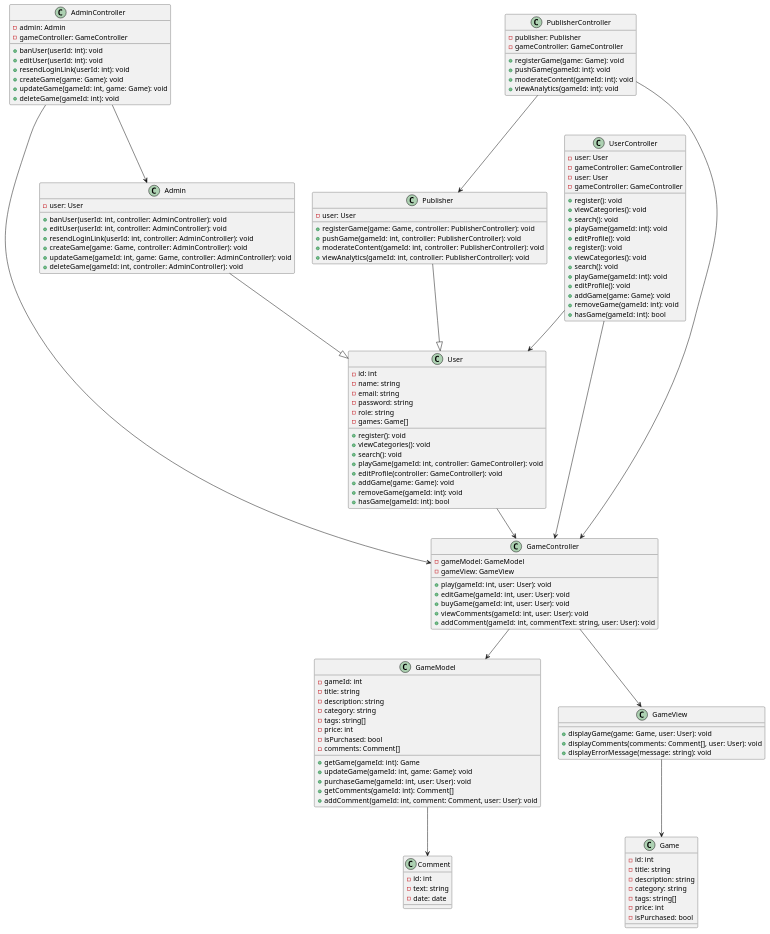
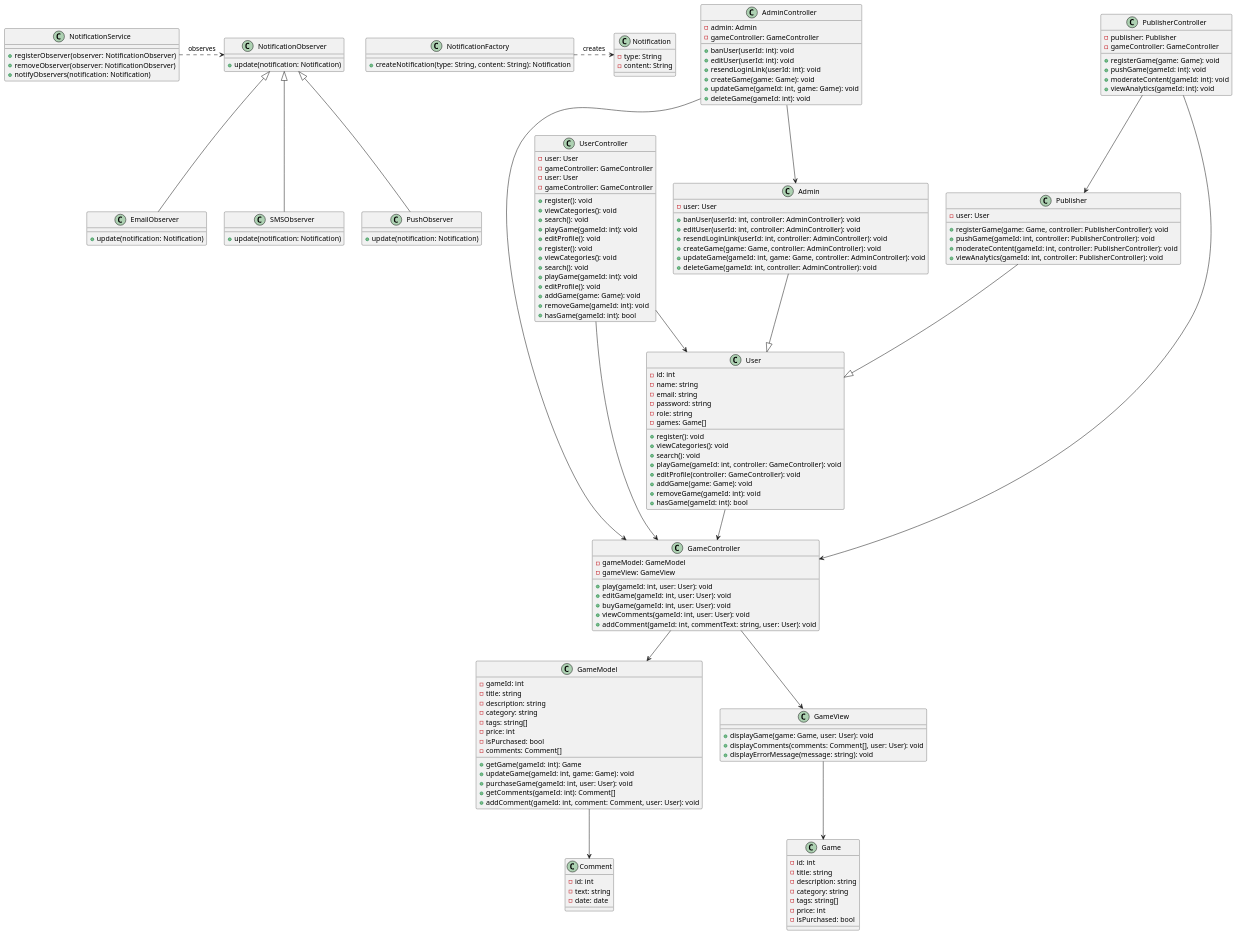
One commit to Evgeny81/portal changed the diagram in C3.puml. Above: the diagram before and after it, drawn with PlantUML. The commit also changed 1 other file, not shown here.

Commit message:
Add NotificationService to diagram

```diff
--- a/C3.puml
+++ b/C3.puml
@@ -1,143 +1,181 @@
 @startuml
 
 class GameController {
   - gameModel: GameModel
   - gameView: GameView
   + play(gameId: int, user: User): void
   + editGame(gameId: int, user: User): void
   + buyGame(gameId: int, user: User): void
   + viewComments(gameId: int, user: User): void
   + addComment(gameId: int, commentText: string, user: User): void
 }
 
 class GameModel {
   - gameId: int
   - title: string
   - description: string
   - category: string
   - tags: string[]
   - price: int
   - isPurchased: bool
   - comments: Comment[]
   + getGame(gameId: int): Game
   + updateGame(gameId: int, game: Game): void
   + purchaseGame(gameId: int, user: User): void
   + getComments(gameId: int): Comment[]
   + addComment(gameId: int, comment: Comment, user: User): void
 }
 
 class GameView {
   + displayGame(game: Game, user: User): void
   + displayComments(comments: Comment[], user: User): void
   + displayErrorMessage(message: string): void
 }
 
 class Game {
   - id: int
   - title: string
   - description: string
   - category: string
   - tags: string[]
   - price: int
   - isPurchased: bool
 }
 
 class Comment {
   - id: int
   - text: string
   - date: date
 }
 
 class User {
   - id: int
   - name: string
   - email: string
   - password: string
   - role: string
   - games: Game[]
   + register(): void
   + viewCategories(): void
   + search(): void
   + playGame(gameId: int, controller: GameController): void
   + editProfile(controller: GameController): void
   + addGame(game: Game): void
   + removeGame(gameId: int): void
   + hasGame(gameId: int): bool
 }
 
 class Admin {
   - user: User
   + banUser(userId: int, controller: AdminController): void
   + editUser(userId: int, controller: AdminController): void
   + resendLoginLink(userId: int, controller: AdminController): void
   + createGame(game: Game, controller: AdminController): void
   + updateGame(gameId: int, game: Game, controller: AdminController): void
   + deleteGame(gameId: int, controller: AdminController): void
 }
 
 class Publisher {
   - user: User
   + registerGame(game: Game, controller: PublisherController): void
   + pushGame(gameId: int, controller: PublisherController): void
   + moderateContent(gameId: int, controller: PublisherController): void
   + viewAnalytics(gameId: int, controller: PublisherController): void
 }
 
 class UserController {
   - user: User
   - gameController: GameController
   + register(): void
   + viewCategories(): void
   + search(): void
   + playGame(gameId: int): void
   + editProfile(): void
 }
 
 class AdminController {
   - admin: Admin
   - gameController: GameController
   + banUser(userId: int): void
   + editUser(userId: int): void
   + resendLoginLink(userId: int): void
   + createGame(game: Game): void
   + updateGame(gameId: int, game: Game): void
   + deleteGame(gameId: int): void
 }
 
 class PublisherController {
   - publisher: Publisher
   - gameController: GameController
   + registerGame(game: Game): void
   + pushGame(gameId: int): void
   + moderateContent(gameId: int): void
   + viewAnalytics(gameId: int): void
 }
 
 class UserController {
   - user: User
   - gameController: GameController
   + register(): void
   + viewCategories(): void
   + search(): void
   + playGame(gameId: int): void
   + editProfile(): void
   + addGame(game: Game): void
   + removeGame(gameId: int): void
   + hasGame(gameId: int): bool
 }
 
+class NotificationService {
+    +registerObserver(observer: NotificationObserver)
+    +removeObserver(observer: NotificationObserver)
+    +notifyObservers(notification: Notification)
+}
+
+class NotificationObserver {
+    +update(notification: Notification)
+}
+
+class EmailObserver {
+    +update(notification: Notification)
+}
+
+class SMSObserver {
+    +update(notification: Notification)
+}
+
+class PushObserver {
+    +update(notification: Notification)
+}
+
+class NotificationFactory {
+    +createNotification(type: String, content: String): Notification
+}
+
+class Notification {
+    -type: String
+    -content: String
+}
+
+NotificationService .right.> NotificationObserver : observes
+NotificationObserver <|-- EmailObserver
+NotificationObserver <|-- SMSObserver
+NotificationObserver <|-- PushObserver
+
+NotificationFactory .right.> Notification : creates
+
 UserController --> GameController
 AdminController --> GameController
 PublisherController --> GameController
 GameController --> GameModel
 GameController --> GameView
 GameView --> Game
 GameModel --> Comment
 AdminController --> Admin
 PublisherController --> Publisher
 Admin --|> User
 Publisher --|> User
 User --> GameController
 UserController --> User
 
 @enduml
```
